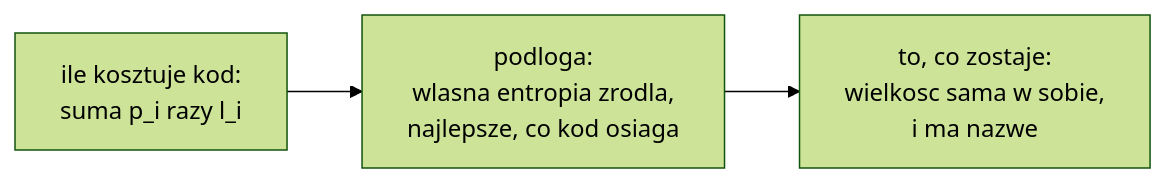
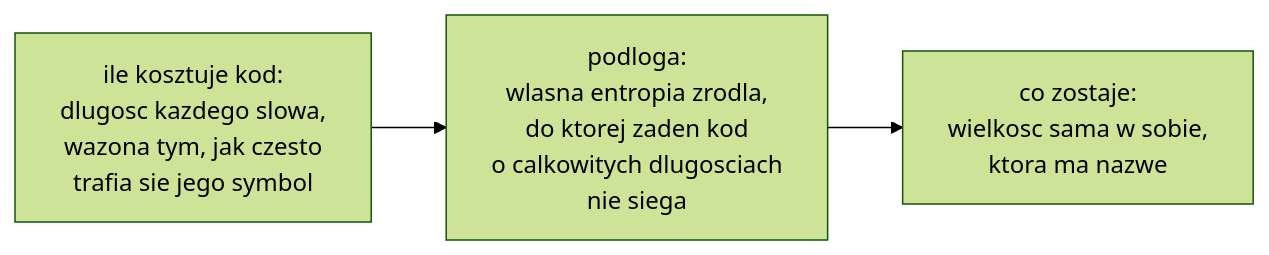
One commit to konradcinkusz/math-for-ai-engineers changed the diagram in figures/mermaid/pl/p30-two-pieces.mmd. Above: the diagram before and after it, drawn with Mermaid (forest theme). The commit also changed 8 other files, not shown here.

```diff
--- a/figures/mermaid/pl/p30-two-pieces.mmd
+++ b/figures/mermaid/pl/p30-two-pieces.mmd
@@ -1,3 +1,3 @@
 graph LR
-  A["ile kosztuje kod:<br/>suma p_i razy l_i"] --> B["podloga:<br/>wlasna entropia zrodla,<br/>najlepsze, co kod osiaga"]
-  B --> C["to, co zostaje:<br/>wielkosc sama w sobie,<br/>i ma nazwe"]
+  A["ile kosztuje kod:<br/>dlugosc kazdego slowa,<br/>wazona tym, jak czesto<br/>trafia sie jego symbol"] --> B["podloga:<br/>wlasna entropia zrodla,<br/>do ktorej zaden kod<br/>o calkowitych dlugosciach<br/>nie siega"]
+  B --> C["co zostaje:<br/>wielkosc sama w sobie,<br/>ktora ma nazwe"]
```
